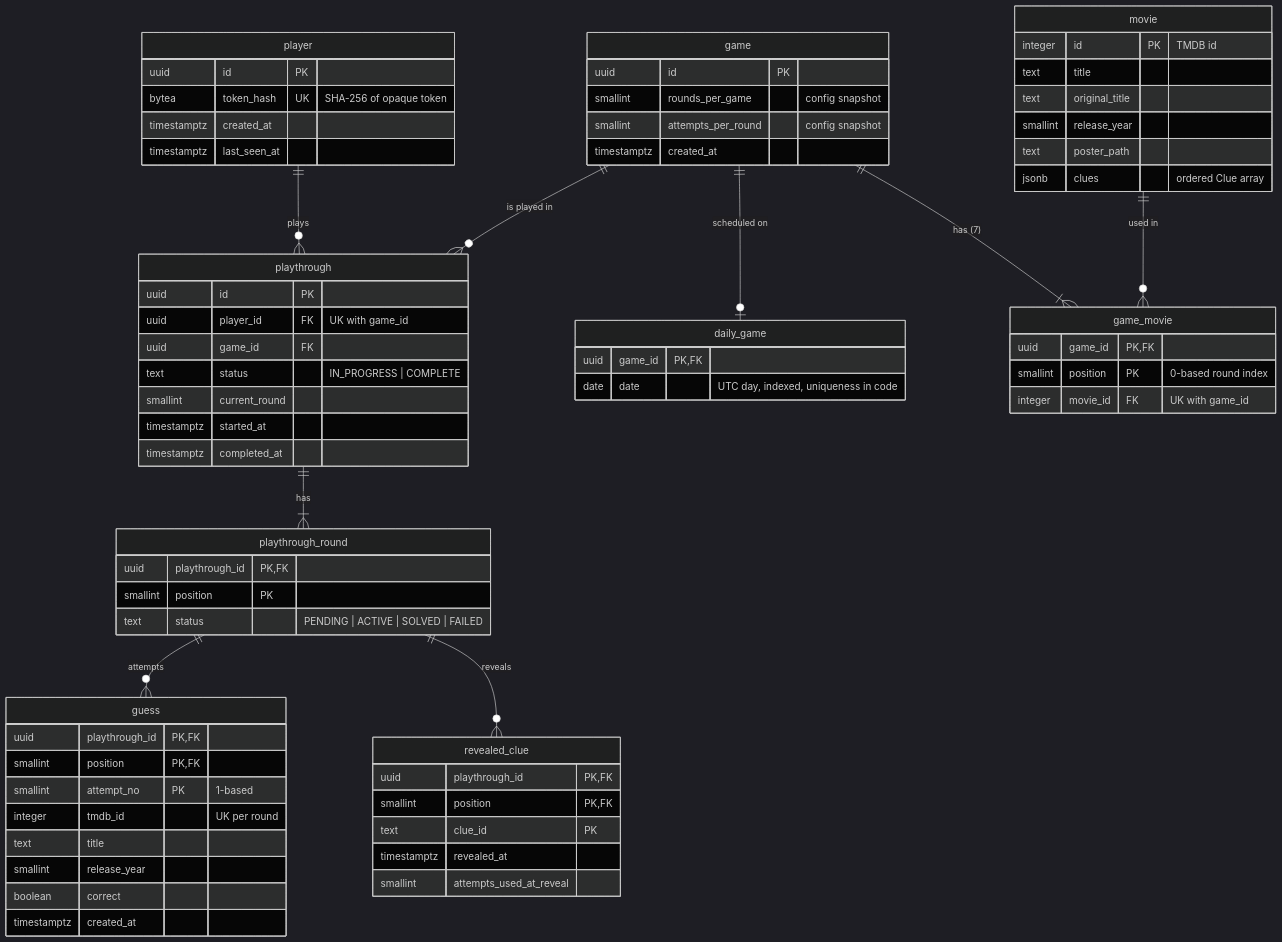
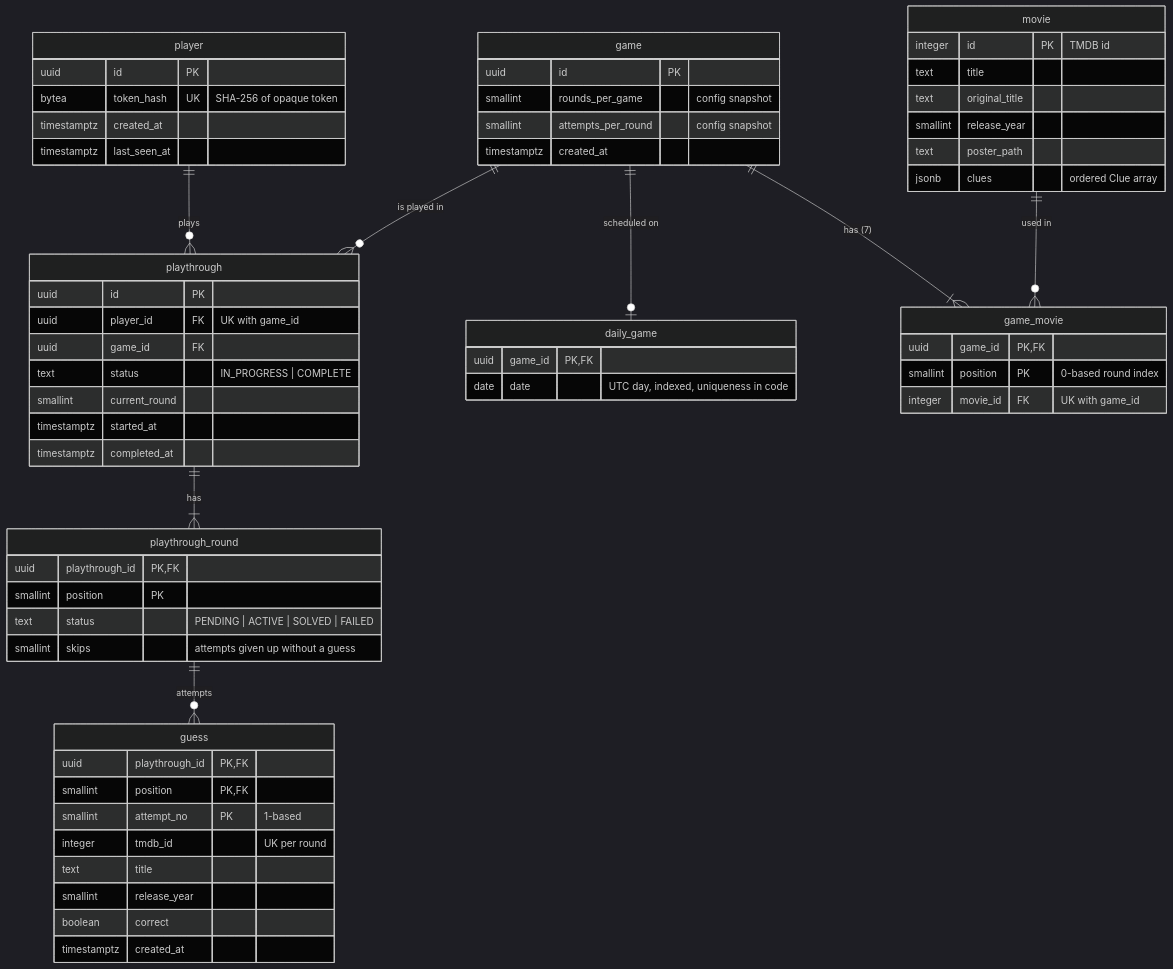
Before and after one commit to Gurrit/movie-description-game: the diagram in specification/tech/03-database.md, drawn with Mermaid (dark theme). The commit also changed other lines of this file and 57 other files, not shown here.

````diff
--- a/specification/tech/03-database.md
+++ b/specification/tech/03-database.md
@@ -10,72 +10,65 @@
 ```mermaid
 erDiagram
     player ||--o{ playthrough : "plays"
     game ||--o{ playthrough : "is played in"
     game ||--o| daily_game : "scheduled on"
     game ||--|{ game_movie : "has (7)"
     movie ||--o{ game_movie : "used in"
     playthrough ||--|{ playthrough_round : "has"
     playthrough_round ||--o{ guess : "attempts"
-    playthrough_round ||--o{ revealed_clue : "reveals"
 
     player {
         uuid id PK
         bytea token_hash UK "SHA-256 of opaque token"
         timestamptz created_at
         timestamptz last_seen_at
     }
     movie {
         integer id PK "TMDB id"
         text title
         text original_title
         smallint release_year
         text poster_path
         jsonb clues "ordered Clue array"
     }
     game {
         uuid id PK
         smallint rounds_per_game "config snapshot"
         smallint attempts_per_round "config snapshot"
         timestamptz created_at
     }
     daily_game {
         uuid game_id PK,FK
         date date "UTC day, indexed, uniqueness in code"
     }
     game_movie {
         uuid game_id PK,FK
         smallint position PK "0-based round index"
         integer movie_id FK "UK with game_id"
     }
     playthrough {
         uuid id PK
         uuid player_id FK "UK with game_id"
         uuid game_id FK
         text status "IN_PROGRESS | COMPLETE"
         smallint current_round
         timestamptz started_at
         timestamptz completed_at
     }
     playthrough_round {
         uuid playthrough_id PK,FK
         smallint position PK
         text status "PENDING | ACTIVE | SOLVED | FAILED"
+        smallint skips "attempts given up without a guess"
     }
     guess {
         uuid playthrough_id PK,FK
         smallint position PK,FK
         smallint attempt_no PK "1-based"
         integer tmdb_id "UK per round"
         text title
         smallint release_year
         boolean correct
         timestamptz created_at
     }
-    revealed_clue {
-        uuid playthrough_id PK,FK
-        smallint position PK,FK
-        text clue_id PK
-        timestamptz revealed_at
-        smallint attempts_used_at_reveal
-    }
 ```
````
